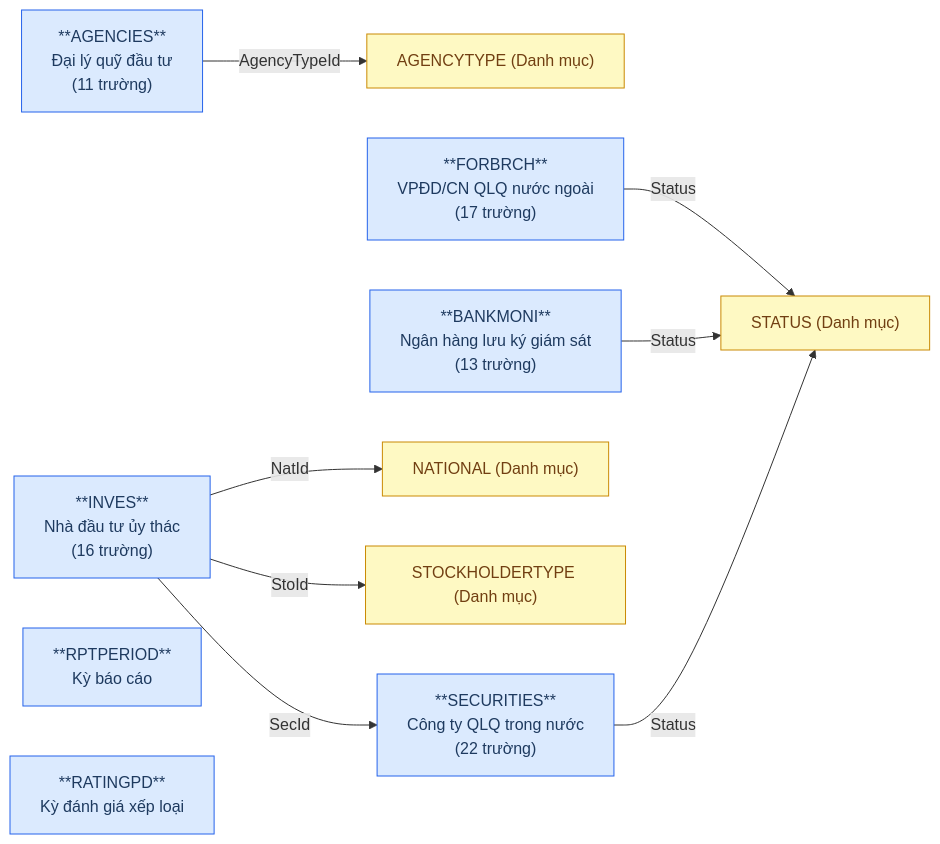
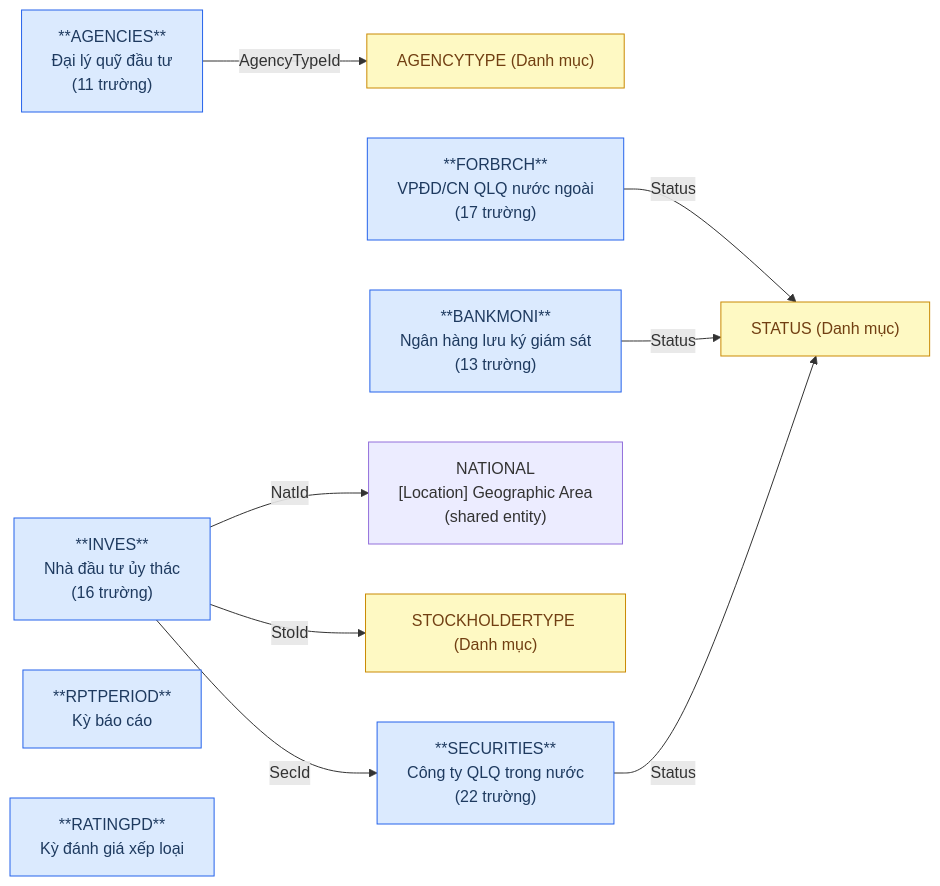
Before and after one commit to linhlvit/ubck_atomic_design: the first of 2 diagrams in Silver/hld/FMS_HLD_Tier1.md, drawn with Mermaid. The commit also changed other lines of this file and 53 other files, not shown here.

````diff
--- a/Silver/hld/FMS_HLD_Tier1.md
+++ b/Silver/hld/FMS_HLD_Tier1.md
@@ -30,26 +30,26 @@
 ```mermaid
 graph LR
     classDef src fill:#dbeafe,stroke:#2563eb,color:#1e3a5f
     classDef dim fill:#fef9c3,stroke:#ca8a04,color:#713f12
 
     SECURITIES["**SECURITIES**\nCông ty QLQ trong nước\n(22 trường)"]:::src
     FORBRCH["**FORBRCH**\nVPĐD/CN QLQ nước ngoài\n(17 trường)"]:::src
     BANKMONI["**BANKMONI**\nNgân hàng lưu ký giám sát\n(13 trường)"]:::src
     AGENCIES["**AGENCIES**\nĐại lý quỹ đầu tư\n(11 trường)"]:::src
     INVES["**INVES**\nNhà đầu tư ủy thác\n(16 trường)"]:::src
     RPTPERIOD["**RPTPERIOD**\nKỳ báo cáo"]:::src
     RATINGPD["**RATINGPD**\nKỳ đánh giá xếp loại"]:::src
 
     STATUS["STATUS (Danh mục)"]:::dim
     AGENCYTYPE["AGENCYTYPE (Danh mục)"]:::dim
-    NATIONAL["NATIONAL (Danh mục)"]:::dim
+    NATIONAL["NATIONAL\n[Location] Geographic Area\n(shared entity)"]:::geo
     STOCKHOLDERTYPE["STOCKHOLDERTYPE (Danh mục)"]:::dim
 
     SECURITIES -->|Status| STATUS
     FORBRCH -->|Status| STATUS
     BANKMONI -->|Status| STATUS
     AGENCIES -->|AgencyTypeId| AGENCYTYPE
     INVES -->|NatId| NATIONAL
     INVES -->|StoId| STOCKHOLDERTYPE
     INVES -->|SecId| SECURITIES
 ```
````
